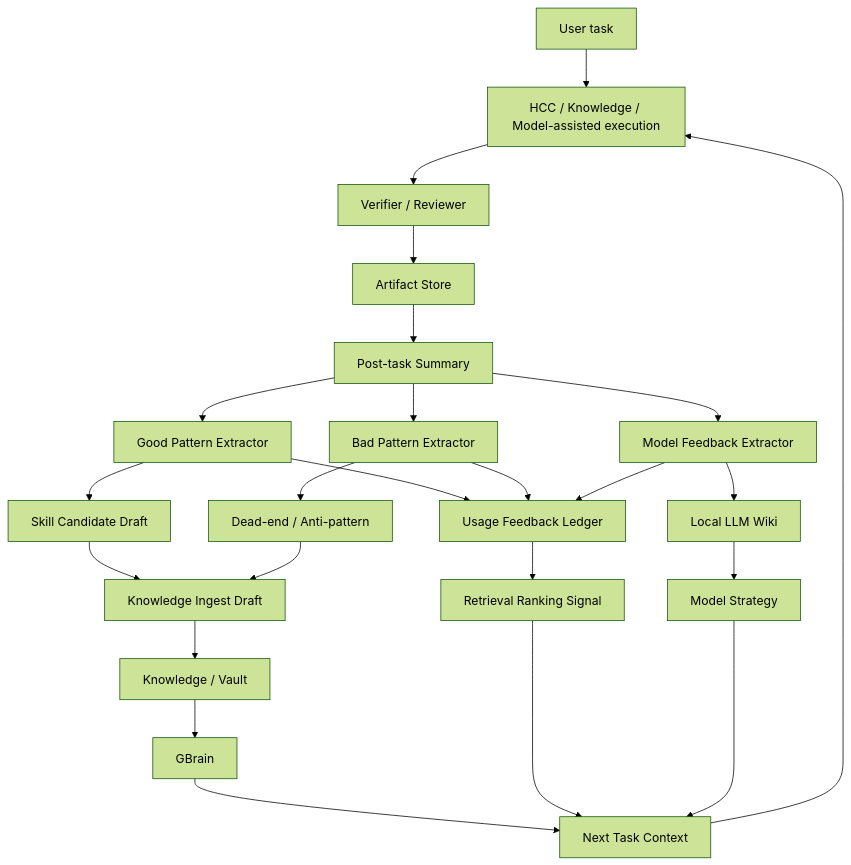
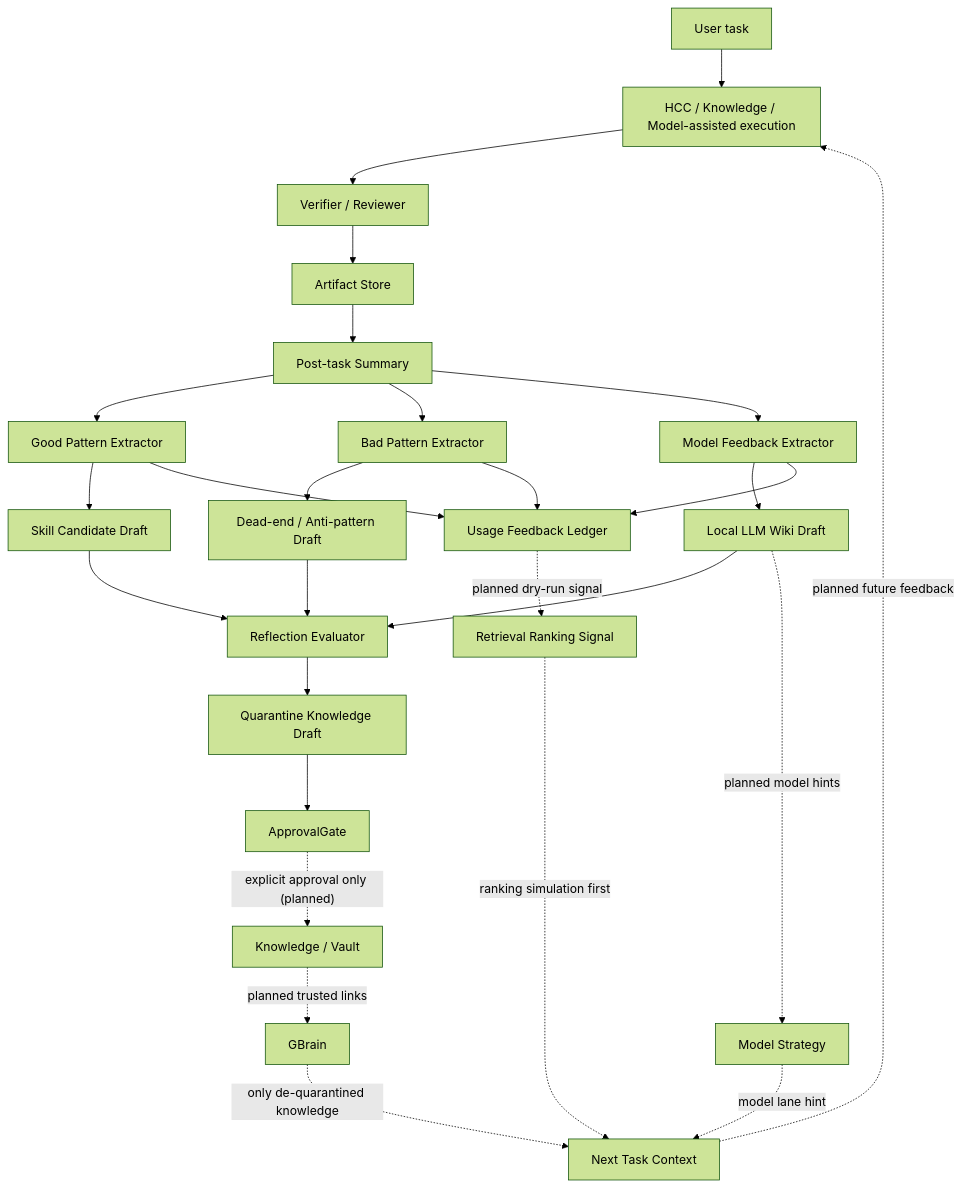
The diagram in docs/learning-loop/hermes-post-task-learning-loop-plan-2026-06-07.md (HammerTech-Z/hcc-framework), drawn with Mermaid (forest theme) before and after one commit. The commit also changed other lines of this file and 2 other files, not shown here.

````diff
--- a/docs/learning-loop/hermes-post-task-learning-loop-plan-2026-06-07.md
+++ b/docs/learning-loop/hermes-post-task-learning-loop-plan-2026-06-07.md
@@ -47,31 +72,34 @@
 ```mermaid
 flowchart TD
-  U[User task] --> P[HCC / Knowledge / Model-assisted execution]
-  P --> V[Verifier / Reviewer]
-  V --> A[Artifact Store]
-  A --> PS[Post-task Summary]
+  U["User task"] --> P["HCC / Knowledge / Model-assisted execution"]
+  P --> V["Verifier / Reviewer"]
+  V --> A["Artifact Store"]
+  A --> PS["Post-task Summary"]
 
-  PS --> GP[Good Pattern Extractor]
-  PS --> BP[Bad Pattern Extractor]
-  PS --> MF[Model Feedback Extractor]
+  PS --> GP["Good Pattern Extractor"]
+  PS --> BP["Bad Pattern Extractor"]
+  PS --> MF["Model Feedback Extractor"]
 
-  GP --> SC[Skill Candidate Draft]
-  BP --> DE[Dead-end / Anti-pattern]
-  MF --> LW[Local LLM Wiki]
+  GP --> SC["Skill Candidate Draft"]
+  BP --> DE["Dead-end / Anti-pattern Draft"]
+  MF --> LW["Local LLM Wiki Draft"]
 
-  GP --> UF[Usage Feedback Ledger]
+  GP --> UF["Usage Feedback Ledger"]
   BP --> UF
   MF --> UF
 
-  SC --> KI[Knowledge Ingest Draft]
-  DE --> KI
-  KI --> K[Knowledge / Vault]
-  K --> G[GBrain]
-  UF --> RR[Retrieval Ranking Signal]
-  LW --> MS[Model Strategy]
+  SC --> EV["Reflection Evaluator"]
+  DE --> EV
+  LW --> EV
+  EV --> Q["Quarantine Knowledge Draft"]
+  Q --> AG["ApprovalGate"]
+  AG -. "explicit approval only (planned)" .-> K["Knowledge / Vault"]
+  K -. "planned trusted links" .-> G["GBrain"]
+  UF -. "planned dry-run signal" .-> RR["Retrieval Ranking Signal"]
+  LW -. "planned model hints" .-> MS["Model Strategy"]
 
-  G --> N[Next Task Context]
-  RR --> N
-  MS --> N
-  N --> P
+  G -. "only de-quarantined knowledge" .-> N["Next Task Context"]
+  RR -. "ranking simulation first" .-> N
+  MS -. "model lane hint" .-> N
+  N -. "planned future feedback" .-> P
 ```
````
